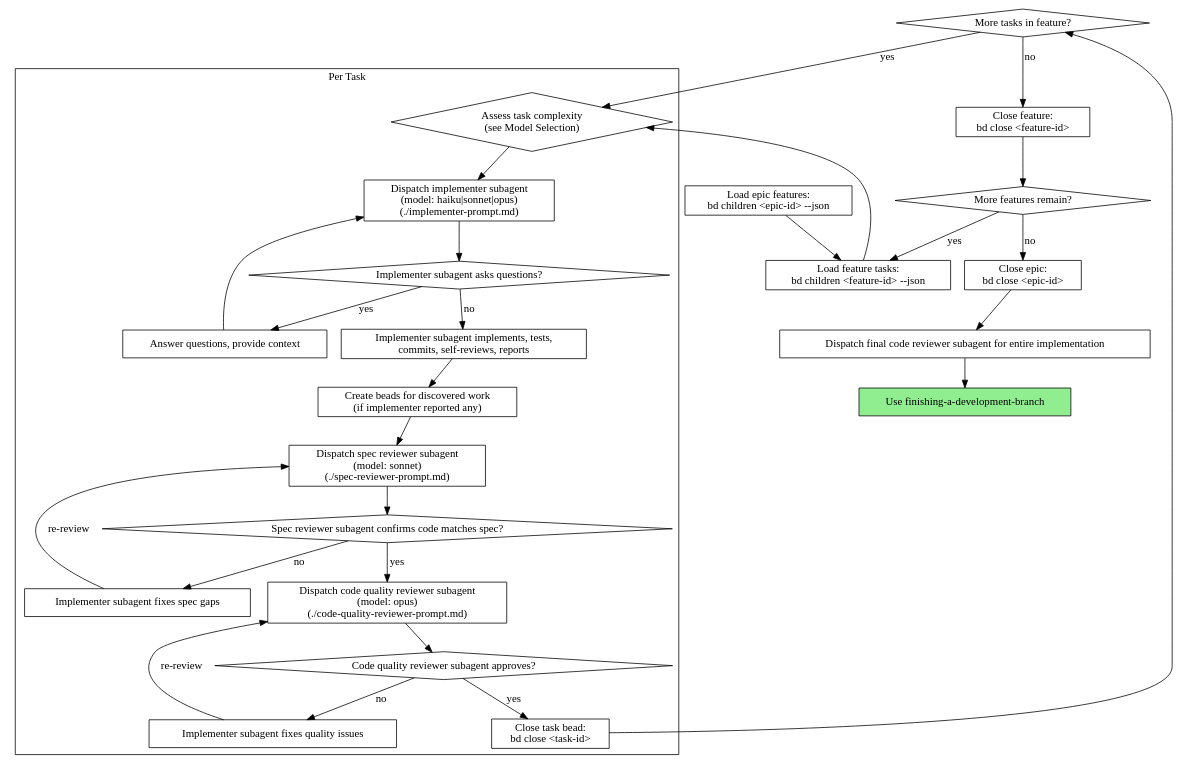
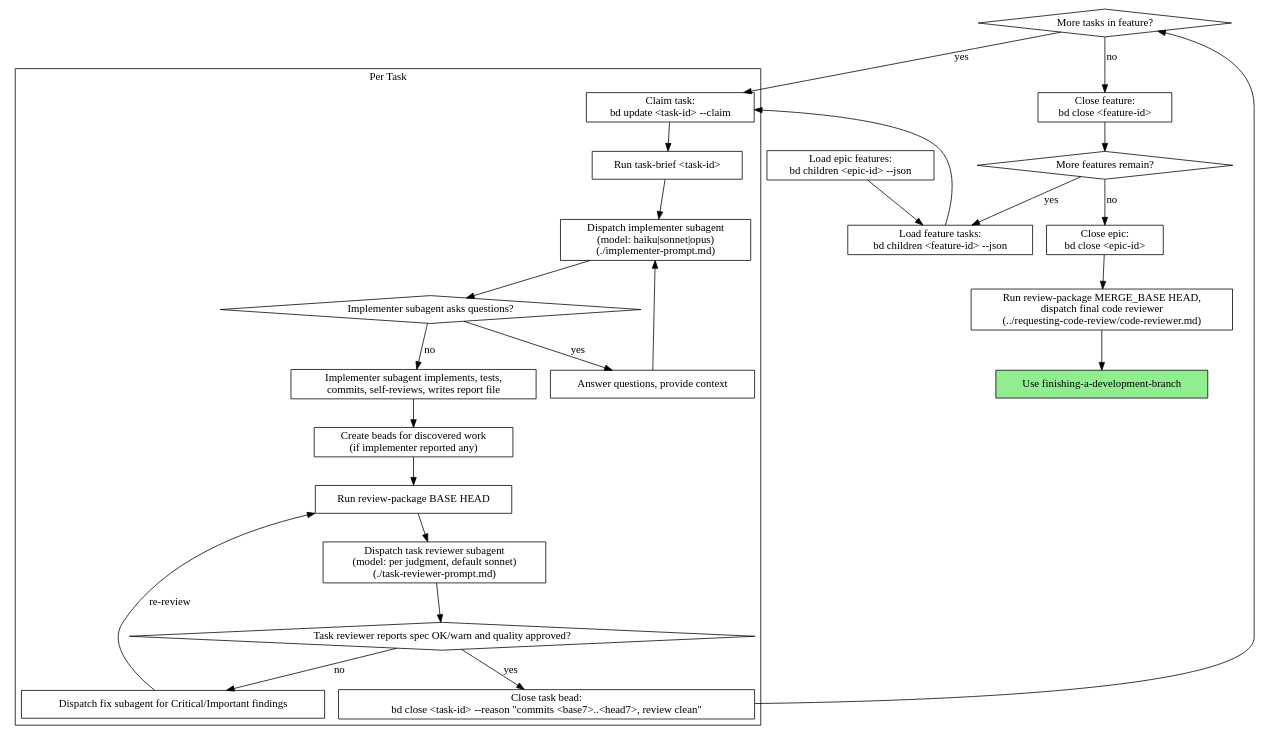
Before and after one commit to jwp23/joe-bag-of-tricks: the second of 2 diagrams in plugins/joe-bag-of-tricks/skills/subagent-driven-development/SKILL.md, drawn with Graphviz. The commit also changed other lines of this file and 38 other files, not shown here.

````diff
--- a/plugins/joe-bag-of-tricks/skills/subagent-driven-development/SKILL.md
+++ b/plugins/joe-bag-of-tricks/skills/subagent-driven-development/SKILL.md
@@ -42,57 +46,54 @@
 ```dot
 digraph process {
     rankdir=TB;
 
     subgraph cluster_per_task {
         label="Per Task";
-        "Assess task complexity\n(see Model Selection)" [shape=diamond];
+        "Claim task:\nbd update <task-id> --claim" [shape=box];
+        "Run task-brief <task-id>" [shape=box];
         "Dispatch implementer subagent\n(model: haiku|sonnet|opus)\n(./implementer-prompt.md)" [shape=box];
         "Implementer subagent asks questions?" [shape=diamond];
         "Answer questions, provide context" [shape=box];
-        "Implementer subagent implements, tests,\ncommits, self-reviews, reports" [shape=box];
+        "Implementer subagent implements, tests,\ncommits, self-reviews, writes report file" [shape=box];
         "Create beads for discovered work\n(if implementer reported any)" [shape=box];
-        "Dispatch spec reviewer subagent\n(model: sonnet)\n(./spec-reviewer-prompt.md)" [shape=box];
-        "Spec reviewer subagent confirms code matches spec?" [shape=diamond];
-        "Implementer subagent fixes spec gaps" [shape=box];
-        "Dispatch code quality reviewer subagent\n(model: opus)\n(./code-quality-reviewer-prompt.md)" [shape=box];
-        "Code quality reviewer subagent approves?" [shape=diamond];
-        "Implementer subagent fixes quality issues" [shape=box];
-        "Close task bead:\nbd close <task-id>" [shape=box];
+        "Run review-package BASE HEAD" [shape=box];
+        "Dispatch task reviewer subagent\n(model: per judgment, default sonnet)\n(./task-reviewer-prompt.md)" [shape=box];
+        "Task reviewer reports spec OK/warn and quality approved?" [shape=diamond];
+        "Dispatch fix subagent for Critical/Important findings" [shape=box];
+        "Close task bead:\nbd close <task-id> --reason \"commits <base7>..<head7>, review clean\"" [shape=box];
     }
 
     "Load epic features:\nbd children <epic-id> --json" [shape=box];
     "Load feature tasks:\nbd children <feature-id> --json" [shape=box];
     "More tasks in feature?" [shape=diamond];
     "Close feature:\nbd close <feature-id>" [shape=box];
     "More features remain?" [shape=diamond];
     "Close epic:\nbd close <epic-id>" [shape=box];
-    "Dispatch final code reviewer subagent for entire implementation" [shape=box];
+    "Run review-package MERGE_BASE HEAD,\ndispatch final code reviewer\n(../requesting-code-review/code-reviewer.md)" [shape=box];
     "Use finishing-a-development-branch" [shape=box style=filled fillcolor=lightgreen];
 
     "Load epic features:\nbd children <epic-id> --json" -> "Load feature tasks:\nbd children <feature-id> --json";
-    "Load feature tasks:\nbd children <feature-id> --json" -> "Assess task complexity\n(see Model Selection)";
-    "Assess task complexity\n(see Model Selection)" -> "Dispatch implementer subagent\n(model: haiku|sonnet|opus)\n(./implementer-prompt.md)";
+    "Load feature tasks:\nbd children <feature-id> --json" -> "Claim task:\nbd update <task-id> --claim";
+    "Claim task:\nbd update <task-id> --claim" -> "Run task-brief <task-id>";
+    "Run task-brief <task-id>" -> "Dispatch implementer subagent\n(model: haiku|sonnet|opus)\n(./implementer-prompt.md)";
     "Dispatch implementer subagent\n(model: haiku|sonnet|opus)\n(./implementer-prompt.md)" -> "Implementer subagent asks questions?";
     "Implementer subagent asks questions?" -> "Answer questions, provide context" [label="yes"];
     "Answer questions, provide context" -> "Dispatch implementer subagent\n(model: haiku|sonnet|opus)\n(./implementer-prompt.md)";
-    "Implementer subagent asks questions?" -> "Implementer subagent implements, tests,\ncommits, self-reviews, reports" [label="no"];
-    "Implementer subagent implements, tests,\ncommits, self-reviews, reports" -> "Create beads for discovered work\n(if implementer reported any)";
-    "Create beads for discovered work\n(if implementer reported any)" -> "Dispatch spec reviewer subagent\n(model: sonnet)\n(./spec-reviewer-prompt.md)";
-    "Dispatch spec reviewer subagent\n(model: sonnet)\n(./spec-reviewer-prompt.md)" -> "Spec reviewer subagent confirms code matches spec?";
-    "Spec reviewer subagent confirms code matches spec?" -> "Implementer subagent fixes spec gaps" [label="no"];
-    "Implementer subagent fixes spec gaps" -> "Dispatch spec reviewer subagent\n(model: sonnet)\n(./spec-reviewer-prompt.md)" [label="re-review"];
-    "Spec reviewer subagent confirms code matches spec?" -> "Dispatch code quality reviewer subagent\n(model: opus)\n(./code-quality-reviewer-prompt.md)" [label="yes"];
-    "Dispatch code quality reviewer subagent\n(model: opus)\n(./code-quality-reviewer-prompt.md)" -> "Code quality reviewer subagent approves?";
-    "Code quality reviewer subagent approves?" -> "Implementer subagent fixes quality issues" [label="no"];
-    "Implementer subagent fixes quality issues" -> "Dispatch code quality reviewer subagent\n(model: opus)\n(./code-quality-reviewer-prompt.md)" [label="re-review"];
-    "Code quality reviewer subagent approves?" -> "Close task bead:\nbd close <task-id>" [label="yes"];
-    "Close task bead:\nbd close <task-id>" -> "More tasks in feature?";
-    "More tasks in feature?" -> "Assess task complexity\n(see Model Selection)" [label="yes"];
+    "Implementer subagent asks questions?" -> "Implementer subagent implements, tests,\ncommits, self-reviews, writes report file" [label="no"];
+    "Implementer subagent implements, tests,\ncommits, self-reviews, writes report file" -> "Create beads for discovered work\n(if implementer reported any)";
+    "Create beads for discovered work\n(if implementer reported any)" -> "Run review-package BASE HEAD";
+    "Run review-package BASE HEAD" -> "Dispatch task reviewer subagent\n(model: per judgment, default sonnet)\n(./task-reviewer-prompt.md)";
+    "Dispatch task reviewer subagent\n(model: per judgment, default sonnet)\n(./task-reviewer-prompt.md)" -> "Task reviewer reports spec OK/warn and quality approved?";
+    "Task reviewer reports spec OK/warn and quality approved?" -> "Dispatch fix subagent for Critical/Important findings" [label="no"];
+    "Dispatch fix subagent for Critical/Important findings" -> "Run review-package BASE HEAD" [label="re-review"];
+    "Task reviewer reports spec OK/warn and quality approved?" -> "Close task bead:\nbd close <task-id> --reason \"commits <base7>..<head7>, review clean\"" [label="yes"];
+    "Close task bead:\nbd close <task-id> --reason \"commits <base7>..<head7>, review clean\"" -> "More tasks in feature?";
+    "More tasks in feature?" -> "Claim task:\nbd update <task-id> --claim" [label="yes"];
     "More tasks in feature?" -> "Close feature:\nbd close <feature-id>" [label="no"];
     "Close feature:\nbd close <feature-id>" -> "More features remain?";
     "More features remain?" -> "Load feature tasks:\nbd children <feature-id> --json" [label="yes"];
     "More features remain?" -> "Close epic:\nbd close <epic-id>" [label="no"];
-    "Close epic:\nbd close <epic-id>" -> "Dispatch final code reviewer subagent for entire implementation";
-    "Dispatch final code reviewer subagent for entire implementation" -> "Use finishing-a-development-branch";
+    "Close epic:\nbd close <epic-id>" -> "Run review-package MERGE_BASE HEAD,\ndispatch final code reviewer\n(../requesting-code-review/code-reviewer.md)";
+    "Run review-package MERGE_BASE HEAD,\ndispatch final code reviewer\n(../requesting-code-review/code-reviewer.md)" -> "Use finishing-a-development-branch";
 }
 ```
````
